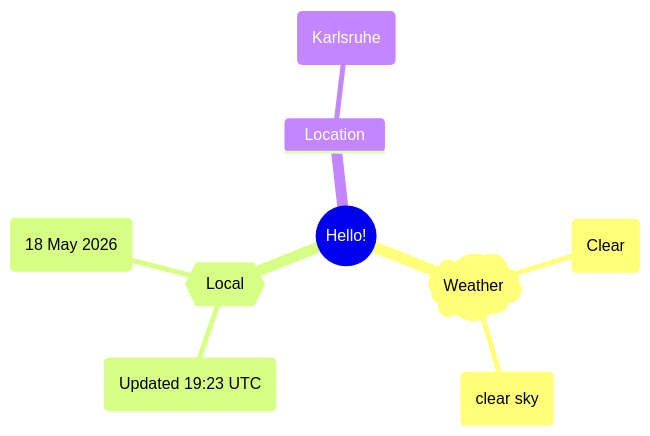
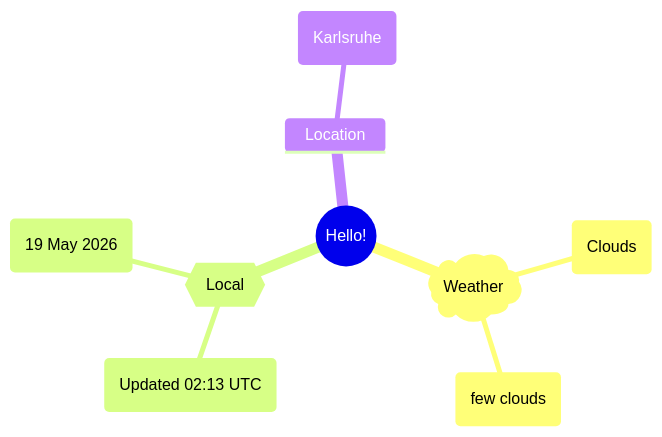
One commit to Xosrov/Xosrov changed the first of 2 diagrams in README.md. Above: the diagram before and after it, drawn with Mermaid.

Commit message:
[bot] updated images

````diff
--- a/README.md
+++ b/README.md
@@ -3,12 +3,12 @@
 ```mermaid
 mindmap
   root((Hello!))
     )Weather(
-        (Clear)
-        (clear sky)
+        (Clouds)
+        (few clouds)
     {{Local}}
-        (Updated 19:23 UTC)
-        (18 May 2026)
+        (Updated 02:13 UTC)
+        (19 May 2026)
     Location
         (Karlsruhe)
 ```
````
